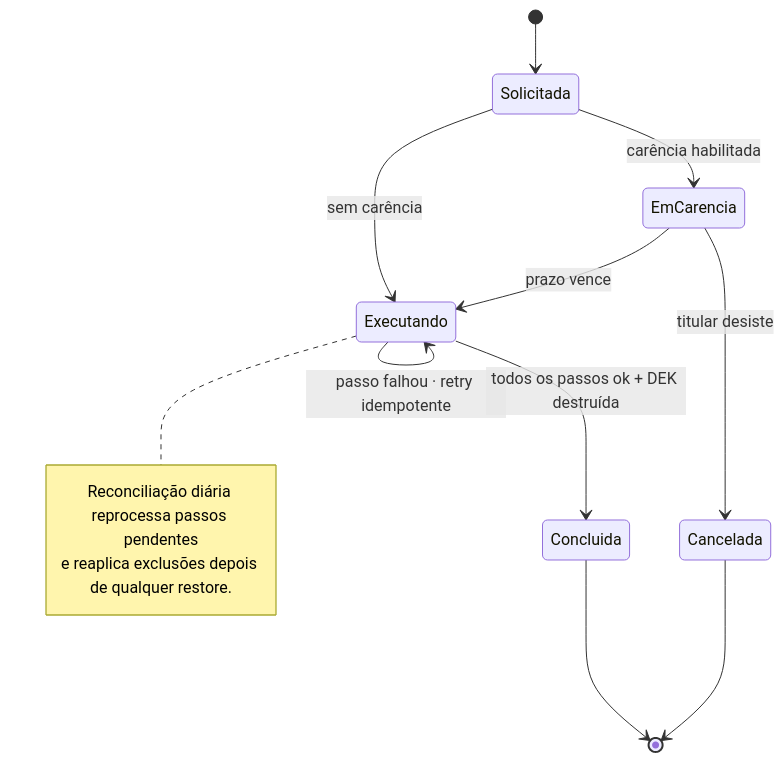
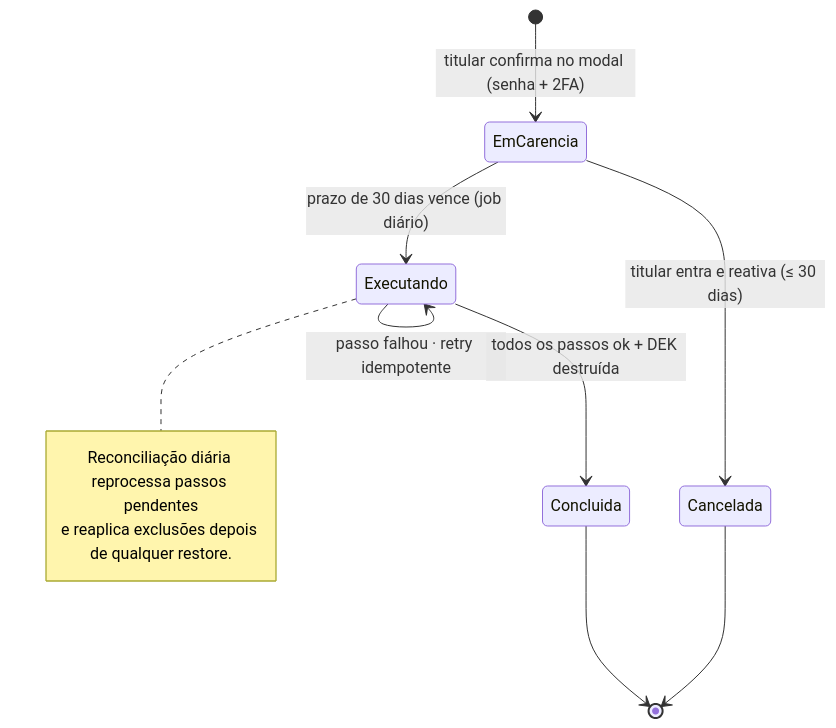
One commit to MatheusHaliski/orange_social_velion changed the fourth of 4 diagrams in docs/rf/RF23-direitos-titular-lgpd.md. Above: the diagram before and after it, drawn with Mermaid. The commit also changed other lines of this file and 78 other files, not shown here.

````diff
--- a/docs/rf/RF23-direitos-titular-lgpd.md
+++ b/docs/rf/RF23-direitos-titular-lgpd.md
@@ -90,16 +131,14 @@
 ```mermaid
 stateDiagram-v2
-    [*] --> Solicitada
-    Solicitada --> EmCarencia : carência habilitada
-    Solicitada --> Executando : sem carência
-    EmCarencia --> Cancelada : titular desiste
-    EmCarencia --> Executando : prazo vence
+    [*] --> EmCarencia : titular confirma no modal (senha + 2FA)
+    EmCarencia --> Cancelada : titular entra e reativa (≤ 30 dias)
+    EmCarencia --> Executando : prazo de 30 dias vence (job diário)
     Executando --> Executando : passo falhou · retry idempotente
     Executando --> Concluida : todos os passos ok + DEK destruída
     Concluida --> [*]
     Cancelada --> [*]
     note right of Executando
         Reconciliação diária reprocessa passos pendentes
         e reaplica exclusões depois de qualquer restore.
     end note
 ```
````
